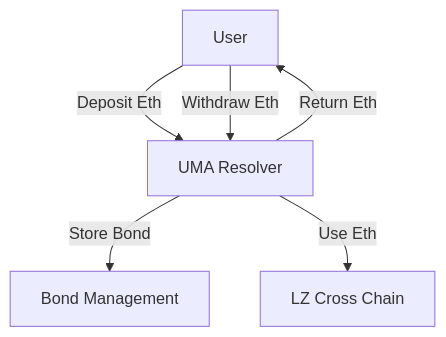
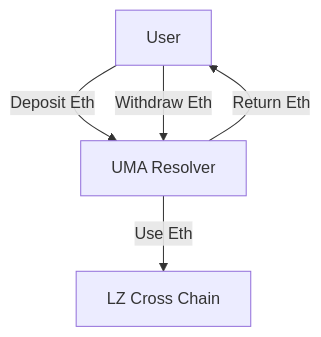
Before and after one commit to engsudal909/sapience-1: the sixth of 8 diagrams in packages/protocol/src/predictionMarket/resolvers/LZ_DIAGRAMS.md, drawn with Mermaid.

````diff
--- a/packages/protocol/src/predictionMarket/resolvers/LZ_DIAGRAMS.md
+++ b/packages/protocol/src/predictionMarket/resolvers/LZ_DIAGRAMS.md
@@ -113,8 +113,7 @@
 ```mermaid
 graph TD
     User[User] -->|Deposit Eth| UMR[UMA Resolver]
-    UMR -->|Store Bond| Bonds[Bond Management]
     UMR -->|Use Eth| LZ[LZ Cross Chain]
     User -->|Withdraw Eth| UMR
     UMR -->|Return Eth| User
 ```
````
